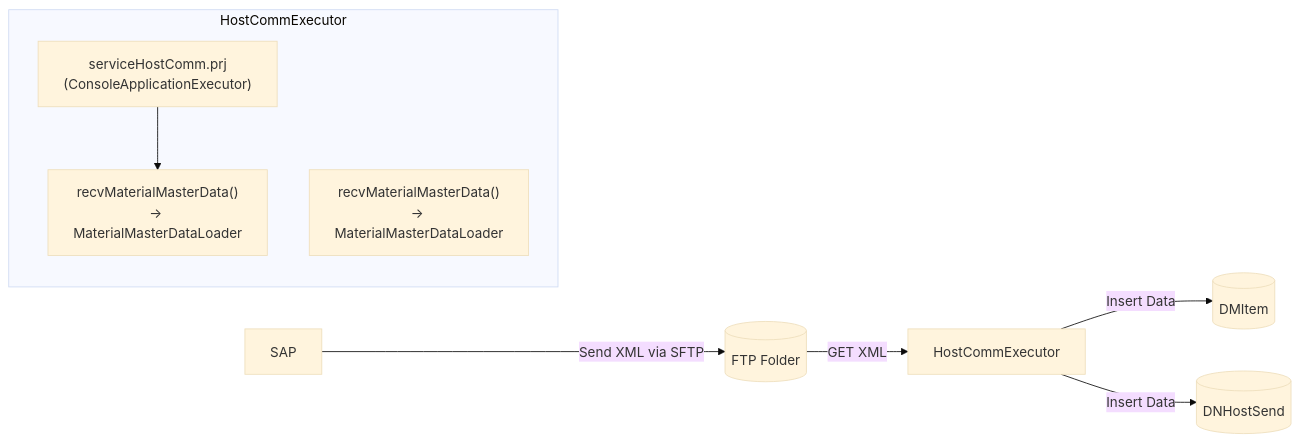
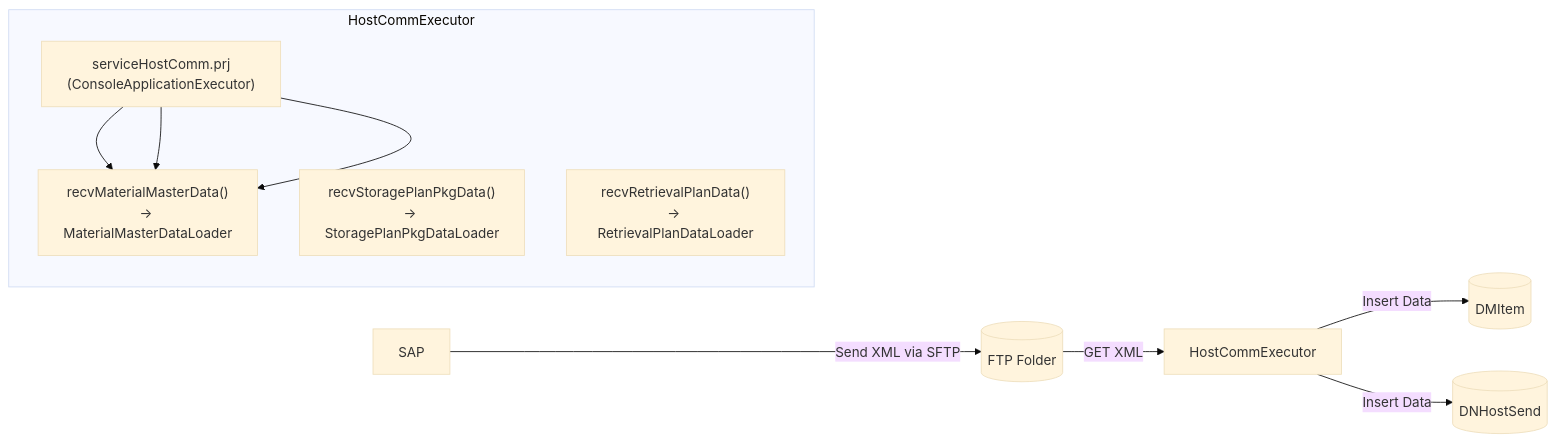
Before and after one commit to luthfiadityaa/SimeDarby-Wiki: the diagram in Basic-Design/Host-Interfaces.md, drawn with Mermaid (base theme).

Commit message:
Updated Host Interfaces

```diff
--- a/Basic-Design/Host-Interfaces.md
+++ b/Basic-Design/Host-Interfaces.md
@@ -31,15 +31,17 @@
 ::: mermaid
 flowchart LR
     A[SAP] -->|Send XML via SFTP| B[(FTP Folder)]
     B -->|GET XML| C[HostCommExecutor]
     C -->|Insert Data| E[(DMItem)]
     C -->|Insert Data| F[(DNHostSend)]
 
     subgraph HostCommExecutor
         C1["serviceHostComm.prj<br>(ConsoleApplicationExecutor)"]
         C2["recvMaterialMasterData()<br>→ MaterialMasterDataLoader"]
-        C3["recvMaterialMasterData()<br>→ MaterialMasterDataLoader"]
-C3["recvMaterialMasterData()<br>→ MaterialMasterDataLoader"]
+        C3["recvStoragePlanPkgData()<br>→ StoragePlanPkgDataLoader"]
+        C4["recvRetrievalPlanData()<br>→ RetrievalPlanDataLoader"]
         C1 --> C2
+C1 --> C2
+C1 --> C2
     end
 :::
```
